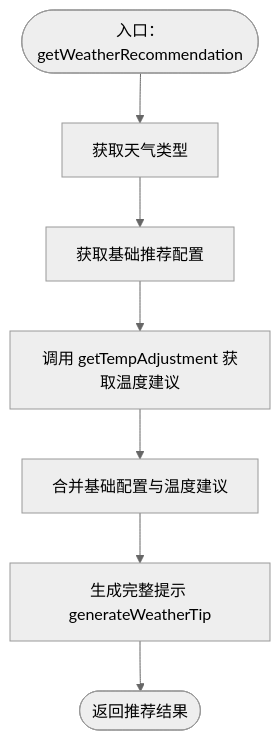
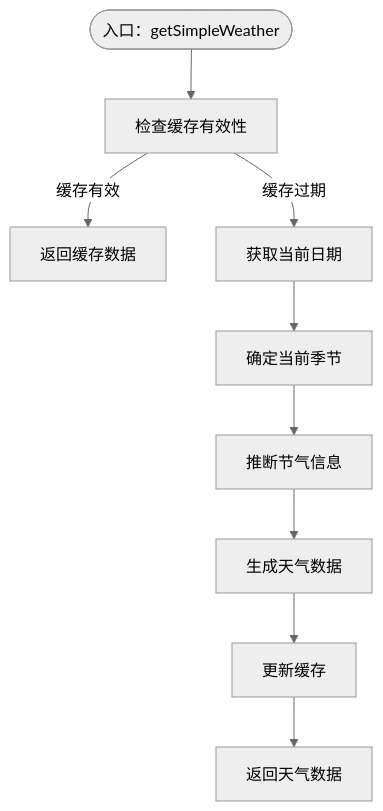
Before and after one commit to jeankeim/wuxing-fashion: the third of 5 diagrams in .qoder/repowiki/zh/content/服务层设计/天气服务模块.md, drawn with Mermaid (neutral theme). The commit also changed other lines of this file and 27 other files, not shown here.

````diff
--- a/.qoder/repowiki/zh/content/服务层设计/天气服务模块.md
+++ b/.qoder/repowiki/zh/content/服务层设计/天气服务模块.md
@@ -187,9 +184,11 @@
 ```mermaid
 flowchart TD
-Start(["入口：getWeatherRecommendation"]) --> GetWeatherType["获取天气类型"]
-GetWeatherType --> GetBaseRec["获取基础推荐配置"]
-GetBaseRec --> GetTempAdj["调用 getTempAdjustment 获取温度建议"]
-GetTempAdj --> Merge["合并基础配置与温度建议"]
-Merge --> GenTip["生成完整提示 generateWeatherTip"]
-GenTip --> Return(["返回推荐结果"])
+Start(["入口：getSimpleWeather"]) --> CheckCache["检查缓存有效性"]
+CheckCache --> |缓存有效| ReturnCache["返回缓存数据"]
+CheckCache --> |缓存过期| GetDate["获取当前日期"]
+GetDate --> GetCurrentSeason["确定当前季节"]
+GetCurrentSeason --> DetectTerm["推断节气信息"]
+DetectTerm --> GenerateWeather["生成天气数据"]
+GenerateWeather --> UpdateCache["更新缓存"]
+UpdateCache --> ReturnData["返回天气数据"]
 ```
````
